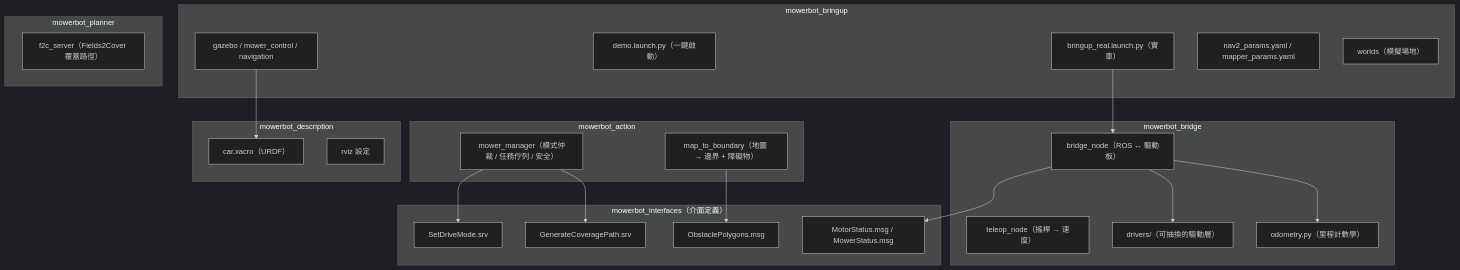
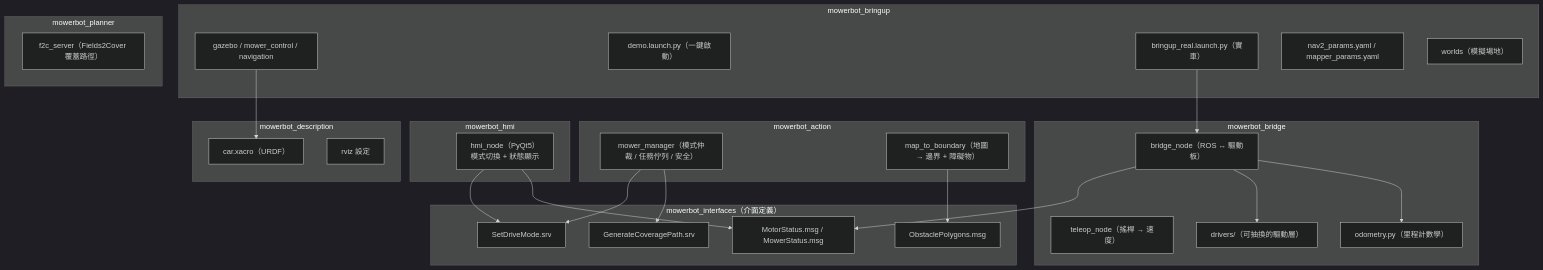
One commit to a04151997/mowerbot changed the first of 7 diagrams in docs/architecture.md. Above: the diagram before and after it, drawn with Mermaid (dark theme). The commit also changed other lines of this file and 11 other files, not shown here.

````diff
--- a/docs/architecture.md
+++ b/docs/architecture.md
@@ -13,47 +13,53 @@
 ```mermaid
 graph TD
     subgraph 介面["mowerbot_interfaces（介面定義）"]
         I1["SetDriveMode.srv"]
         I2["GenerateCoveragePath.srv"]
         I3["MotorStatus.msg / MowerStatus.msg"]
         I4["ObstaclePolygons.msg"]
     end
 
     subgraph 描述["mowerbot_description"]
         D1["car.xacro（URDF）"]
         D2["rviz 設定"]
     end
 
     subgraph 啟動["mowerbot_bringup"]
         L1["gazebo / mower_control / navigation"]
         L2["demo.launch.py（一鍵啟動）"]
         L3["bringup_real.launch.py（實車）"]
         L4["nav2_params.yaml / mapper_params.yaml"]
         L5["worlds（模擬場地）"]
     end
 
     subgraph 邏輯["mowerbot_action"]
         A1["mower_manager（模式仲裁 / 任務佇列 / 安全）"]
         A2["map_to_boundary（地圖 → 邊界 + 障礙物）"]
     end
 
     subgraph 規劃["mowerbot_planner"]
         P1["f2c_server（Fields2Cover 覆蓋路徑）"]
     end
 
+    subgraph 介面層["mowerbot_hmi"]
+        U1["hmi_node（PyQt5）<br/>模式切換 + 狀態顯示"]
+    end
+
     subgraph 底盤["mowerbot_bridge"]
         B1["teleop_node（搖桿 → 速度）"]
         B2["bridge_node（ROS ↔ 驅動板）"]
         B3["drivers/（可抽換的驅動層）"]
         B4["odometry.py（里程計數學）"]
     end
 
+    U1 --> I1
+    U1 --> I3
     A1 --> I1
     A1 --> I2
     A2 --> I4
     B2 --> I3
     B2 --> B3
     B2 --> B4
     L1 --> D1
     L3 --> B2
 ```
````
